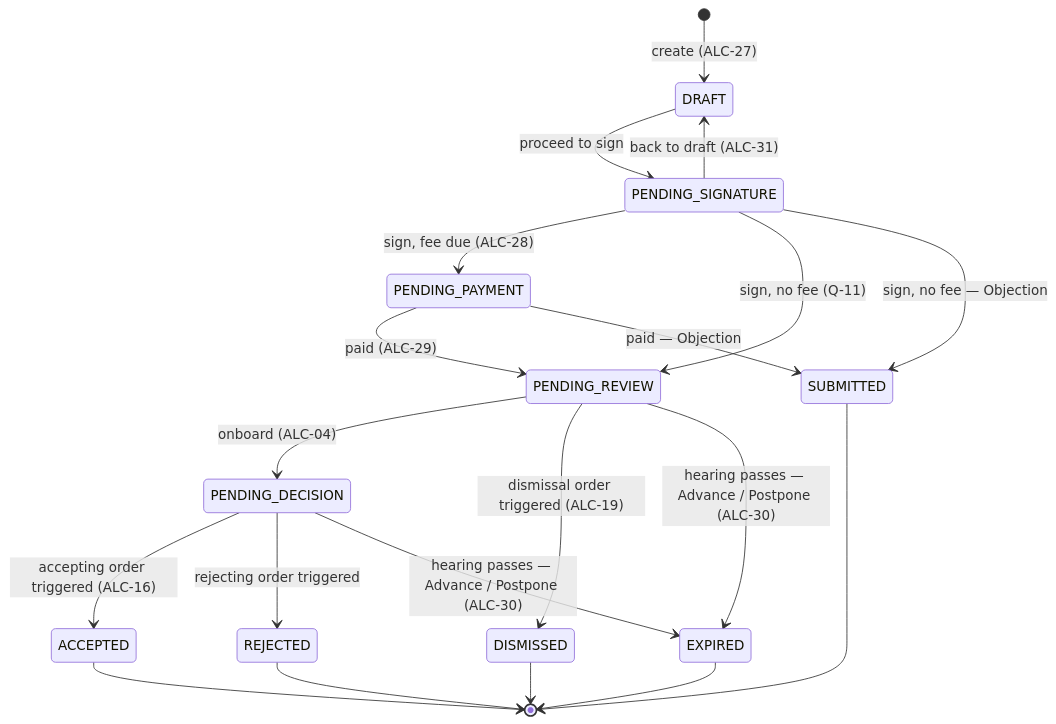
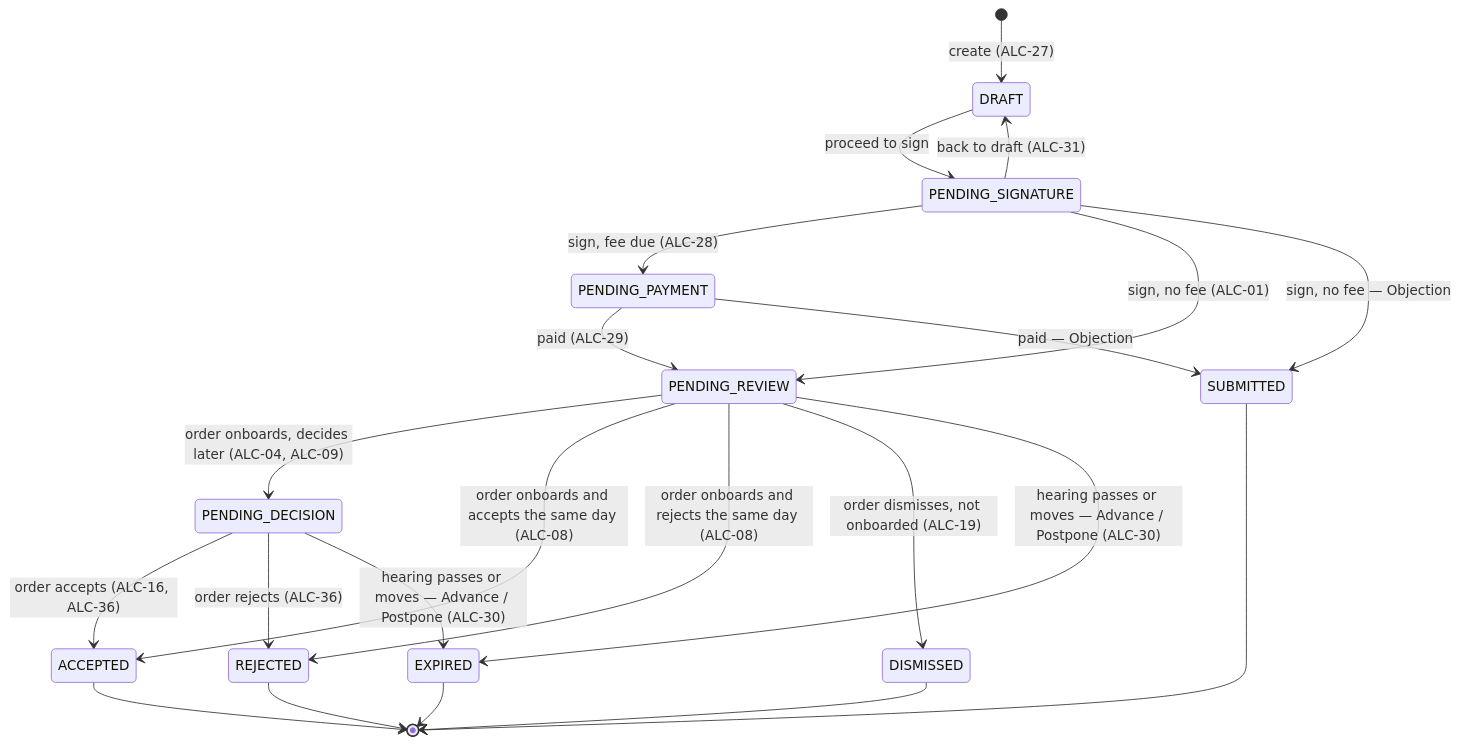
The second of 4 diagrams in spec/0033-applications.md (pucardotorg/dristi-be), drawn with Mermaid before and after one commit. The commit also changed other lines of this file, not shown here.

````diff
--- a/spec/0033-applications.md
+++ b/spec/0033-applications.md
@@ -755,22 +794,24 @@
 ```mermaid
 stateDiagram-v2
     [*] --> DRAFT: create (ALC-27)
     DRAFT --> PENDING_SIGNATURE: proceed to sign
     PENDING_SIGNATURE --> DRAFT: back to draft (ALC-31)
     PENDING_SIGNATURE --> PENDING_PAYMENT: sign, fee due (ALC-28)
-    PENDING_SIGNATURE --> PENDING_REVIEW: sign, no fee (Q-11)
+    PENDING_SIGNATURE --> PENDING_REVIEW: sign, no fee (ALC-01)
     PENDING_SIGNATURE --> SUBMITTED: sign, no fee — Objection
     PENDING_PAYMENT --> PENDING_REVIEW: paid (ALC-29)
     PENDING_PAYMENT --> SUBMITTED: paid — Objection
-    PENDING_REVIEW --> PENDING_DECISION: onboard (ALC-04)
-    PENDING_REVIEW --> DISMISSED: dismissal order triggered (ALC-19)
-    PENDING_DECISION --> ACCEPTED: accepting order triggered (ALC-16)
-    PENDING_DECISION --> REJECTED: rejecting order triggered
-    PENDING_REVIEW --> EXPIRED: hearing passes — Advance / Postpone (ALC-30)
-    PENDING_DECISION --> EXPIRED: hearing passes — Advance / Postpone (ALC-30)
+    PENDING_REVIEW --> PENDING_DECISION: order onboards, decides later (ALC-04, ALC-09)
+    PENDING_REVIEW --> ACCEPTED: order onboards and accepts the same day (ALC-08)
+    PENDING_REVIEW --> REJECTED: order onboards and rejects the same day (ALC-08)
+    PENDING_REVIEW --> DISMISSED: order dismisses, not onboarded (ALC-19)
+    PENDING_DECISION --> ACCEPTED: order accepts (ALC-16, ALC-36)
+    PENDING_DECISION --> REJECTED: order rejects (ALC-36)
+    PENDING_REVIEW --> EXPIRED: hearing passes or moves — Advance / Postpone (ALC-30)
+    PENDING_DECISION --> EXPIRED: hearing passes or moves — Advance / Postpone (ALC-30)
     ACCEPTED --> [*]
     REJECTED --> [*]
     DISMISSED --> [*]
     SUBMITTED --> [*]
     EXPIRED --> [*]
 ```
````
